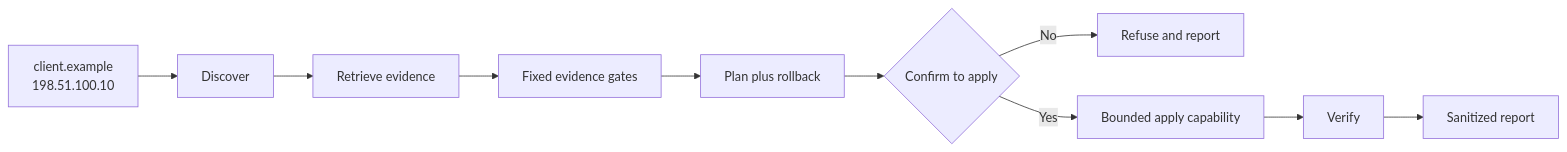
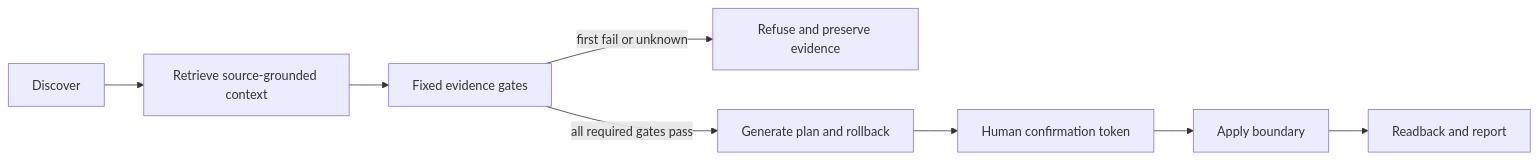
One commit to GumbiiDigital/dgx-routeros-agent-public changed the diagram in docs/ARCHITECTURE.md. Above: the diagram before and after it, drawn with Mermaid. The commit also changed 4 other files, not shown here.

First line of the commit message:
docs: apply canonical evidence-led engineering record

````diff
--- a/docs/ARCHITECTURE.md
+++ b/docs/ARCHITECTURE.md
@@ -1,12 +1,10 @@
 ```mermaid
 flowchart LR
-  U["client.example<br/>198.51.100.10"] --> D["Discover"]
-  D --> R["Retrieve evidence"]
-  R --> G["Fixed evidence gates"]
-  G --> P["Plan plus rollback"]
-  P --> C{"Confirm to apply"}
-  C -->|No| F["Refuse and report"]
-  C -->|Yes| A["Bounded apply capability"]
-  A --> V["Verify"]
-  V --> O["Sanitized report"]
+    D["Discover"] --> R["Retrieve source-grounded context"]
+    R --> G["Fixed evidence gates"]
+    G -->|first fail or unknown| F["Refuse and preserve evidence"]
+    G -->|all required gates pass| P["Generate plan and rollback"]
+    P --> C["Human confirmation token"]
+    C --> A["Apply boundary"]
+    A --> V["Readback and report"]
 ```
````
